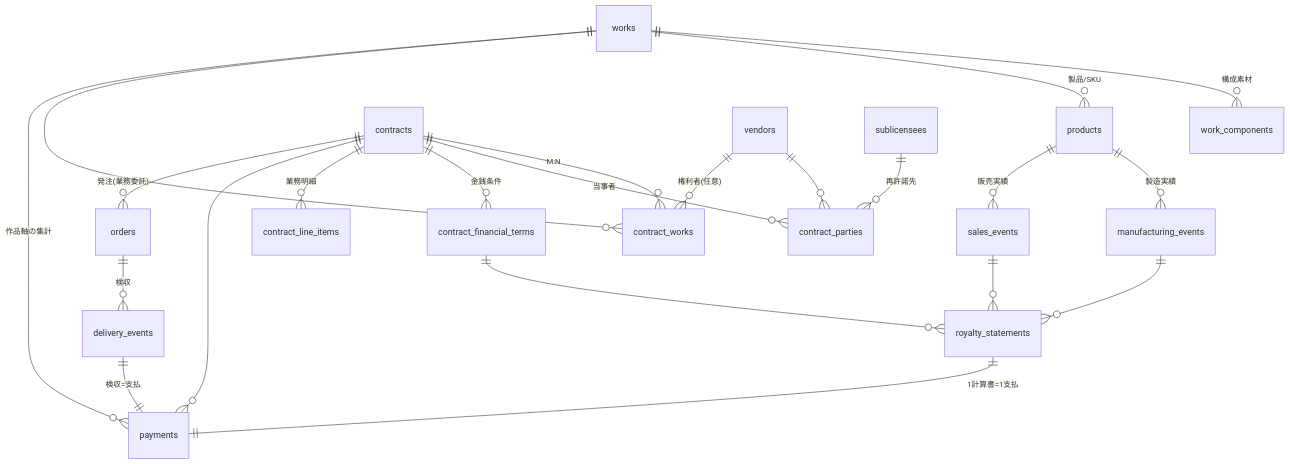
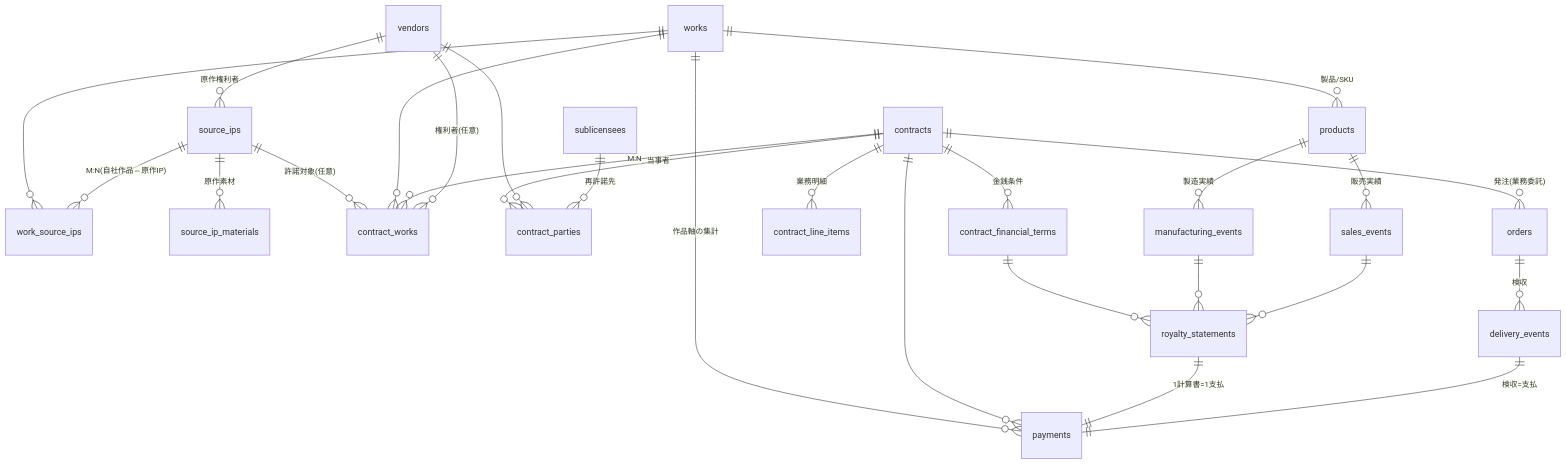
The diagram in docs/schema-redesign-proposal.md (tatsuyakuramchi/LegalBridge_AI_GCP), drawn with Mermaid before and after one commit. The commit also changed other lines of this file, not shown here.

First line of the commit message:
docs: 原作IPを別マスター(source_ips)に分離する方針を反映

````diff
--- a/docs/schema-redesign-proposal.md
+++ b/docs/schema-redesign-proposal.md
@@ -70,27 +72,31 @@
 ```mermaid
 erDiagram
-    works ||--o{ work_components : "構成素材"
     works ||--o{ products : "製品/SKU"
+    works ||--o{ work_source_ips : ""
+    source_ips ||--o{ work_source_ips : "M:N(自社作品⇔原作IP)"
+    source_ips ||--o{ source_ip_materials : "原作素材"
+    source_ips ||--o{ contract_works : "許諾対象(任意)"
+    vendors ||--o{ source_ips : "原作権利者"
     works ||--o{ contract_works : ""
     contracts ||--o{ contract_works : "M:N"
     contracts ||--o{ contract_parties : "当事者"
     contracts ||--o{ contract_financial_terms : "金銭条件"
     contracts ||--o{ contract_line_items : "業務明細"
     vendors  ||--o{ contract_parties : ""
     vendors  ||--o{ contract_works : "権利者(任意)"
 
     works ||--o{ payments : "作品軸の集計"
     contracts ||--o{ payments : ""
     products ||--o{ manufacturing_events : "製造実績"
     products ||--o{ sales_events : "販売実績"
     contract_financial_terms ||--o{ royalty_statements : ""
     manufacturing_events ||--o{ royalty_statements : ""
     sales_events ||--o{ royalty_statements : ""
     royalty_statements ||--|| payments : "1計算書=1支払"
 
     contracts ||--o{ orders : "発注(業務委託)"
     orders ||--o{ delivery_events : "検収"
     delivery_events ||--|| payments : "検収=支払"
 
     sublicensees ||--o{ contract_parties : "再許諾先"
 ```
````
